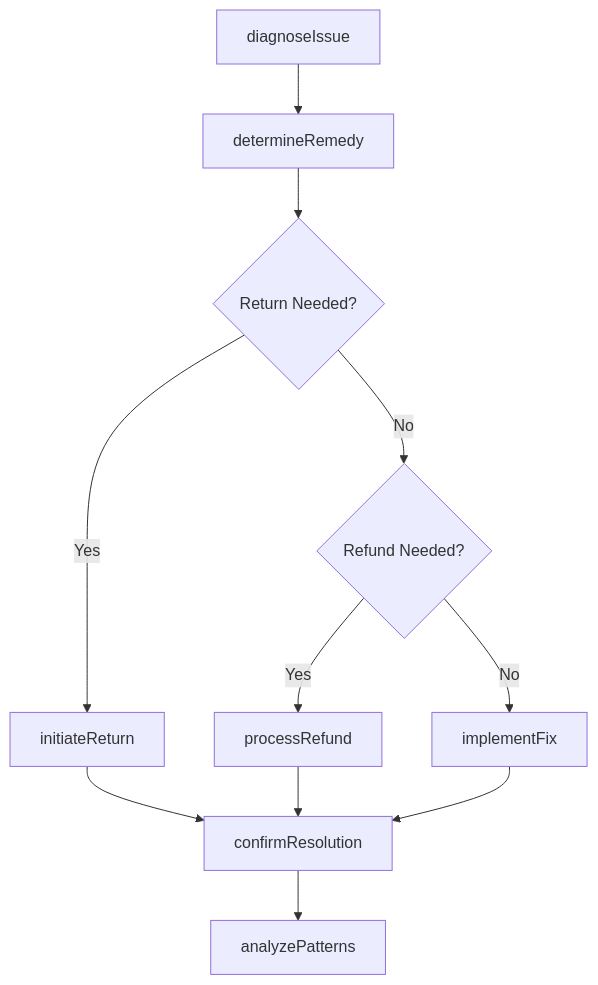
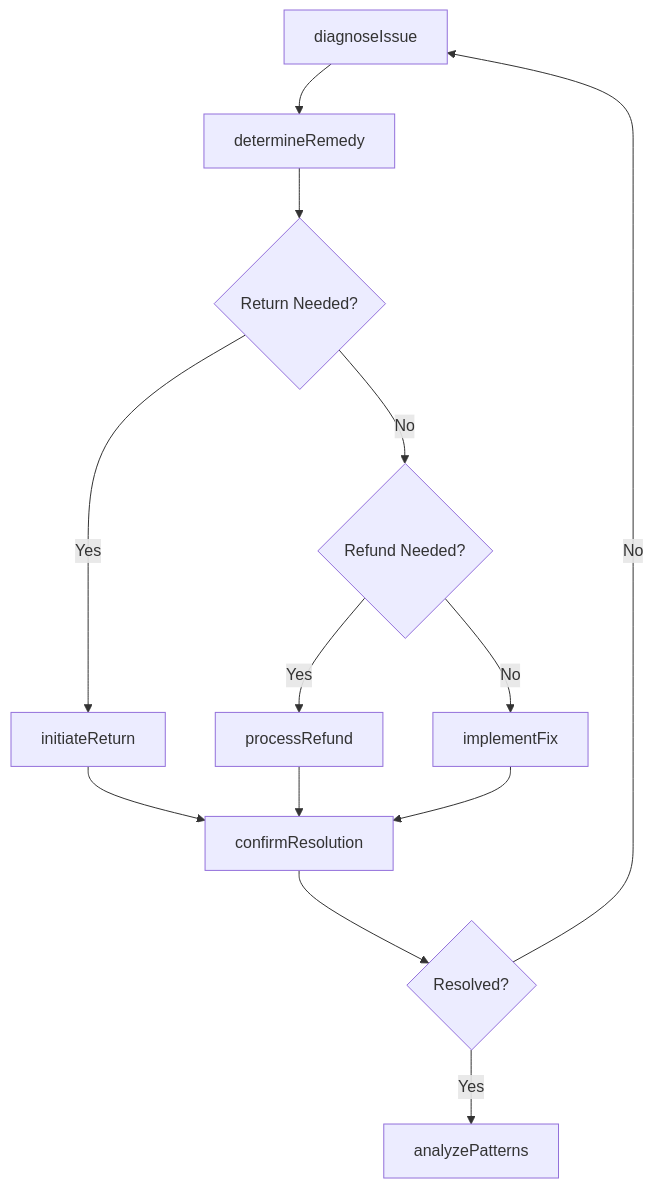
One commit to dot-org-ai/tasks.org.ai changed the third of 4 diagrams in PerformingForOrWorkingDirectlyWithThePublic/RespondToCustomerProblemsOrInquiries/ResolveCustomerComplaintsProblems.mdx. Above: the diagram before and after it, drawn with Mermaid. The commit also changed other lines of this file and 307 other files, not shown here.

First line of the commit message:
feat: Add ER diagrams and state diagrams to remaining 308 DWA task files (wave 3 complete)

````diff
--- a/PerformingForOrWorkingDirectlyWithThePublic/RespondToCustomerProblemsOrInquiries/ResolveCustomerComplaintsProblems.mdx
+++ b/PerformingForOrWorkingDirectlyWithThePublic/RespondToCustomerProblemsOrInquiries/ResolveCustomerComplaintsProblems.mdx
@@ -88,13 +118,15 @@
 ```mermaid
 graph TD
     A[diagnoseIssue] --> B[determineRemedy]
     B --> C{Return Needed?}
     C -->|Yes| D[initiateReturn]
     C -->|No| E{Refund Needed?}
     E -->|Yes| F[processRefund]
     E -->|No| G[implementFix]
     D --> H[confirmResolution]
     F --> H
     G --> H
-    H --> I[analyzePatterns]
+    H --> I{Resolved?}
+    I -->|Yes| J[analyzePatterns]
+    I -->|No| A
 ```
````
